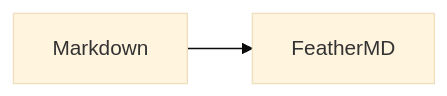
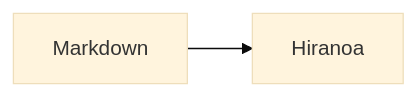
The diagram in samples/markdown-compatibility.md (cocoabreak/feathermd), drawn with Mermaid (base theme) before and after one commit. The commit also changed other lines of this file and 130 other files, not shown here.

````diff
--- a/samples/markdown-compatibility.md
+++ b/samples/markdown-compatibility.md
@@ -211,4 +211,4 @@
 ```mermaid
 flowchart LR
-  A[Markdown] --> B[FeatherMD]
+  A[Markdown] --> B[Hiranoa]
 ```
````
